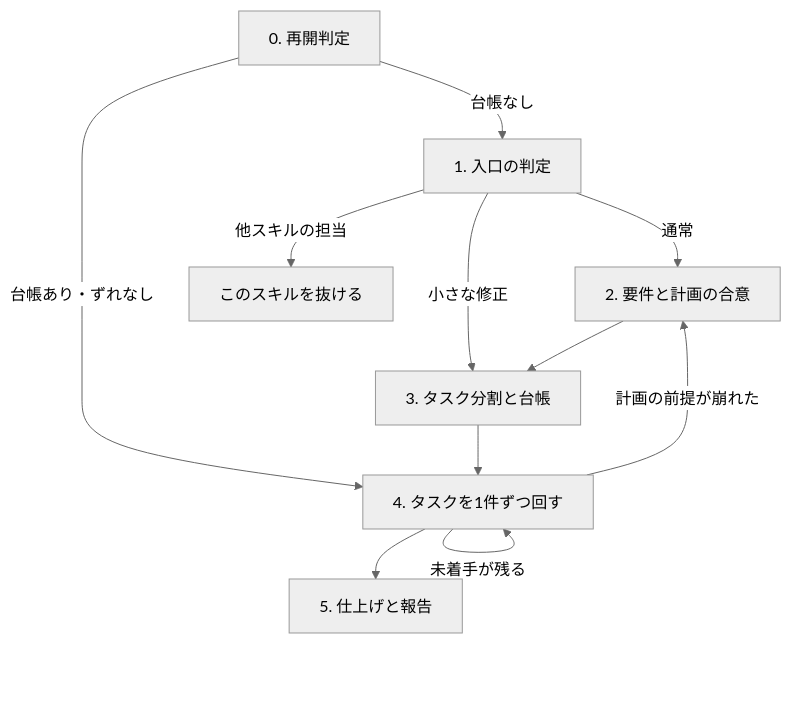
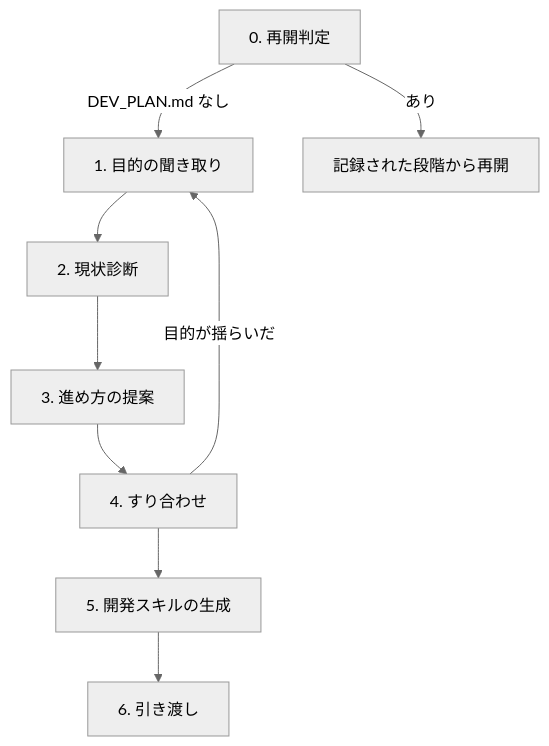
The diagram in skills/ai-driven-dev/SKILL.md (SuperPyonchiX/.agents), drawn with Mermaid (neutral theme) before and after one commit. The commit also changed other lines of this file and 18 other files, not shown here.

````diff
--- a/skills/ai-driven-dev/SKILL.md
+++ b/skills/ai-driven-dev/SKILL.md
@@ -16,13 +14,11 @@
 ```mermaid
 graph TD
-    A[0. 再開判定] -->|台帳なし| B[1. 入口の判定]
-    A -->|台帳あり・ずれなし| E
-    B -->|通常| C[2. 要件と計画の合意]
-    B -->|小さな修正| D
-    B -->|他スキルの担当| X[このスキルを抜ける]
-    C --> D[3. タスク分割と台帳]
-    D --> E[4. タスクを1件ずつ回す]
-    E -->|未着手が残る| E
-    E -->|計画の前提が崩れた| C
-    E --> F[5. 仕上げと報告]
+    A[0. 再開判定] -->|DEV_PLAN.md なし| B[1. 目的の聞き取り]
+    A -->|あり| R[記録された段階から再開]
+    B --> C[2. 現状診断]
+    C --> D[3. 進め方の提案]
+    D --> E[4. すり合わせ]
+    E -->|目的が揺らいだ| B
+    E --> F[5. 開発スキルの生成]
+    F --> G[6. 引き渡し]
 ```
````
